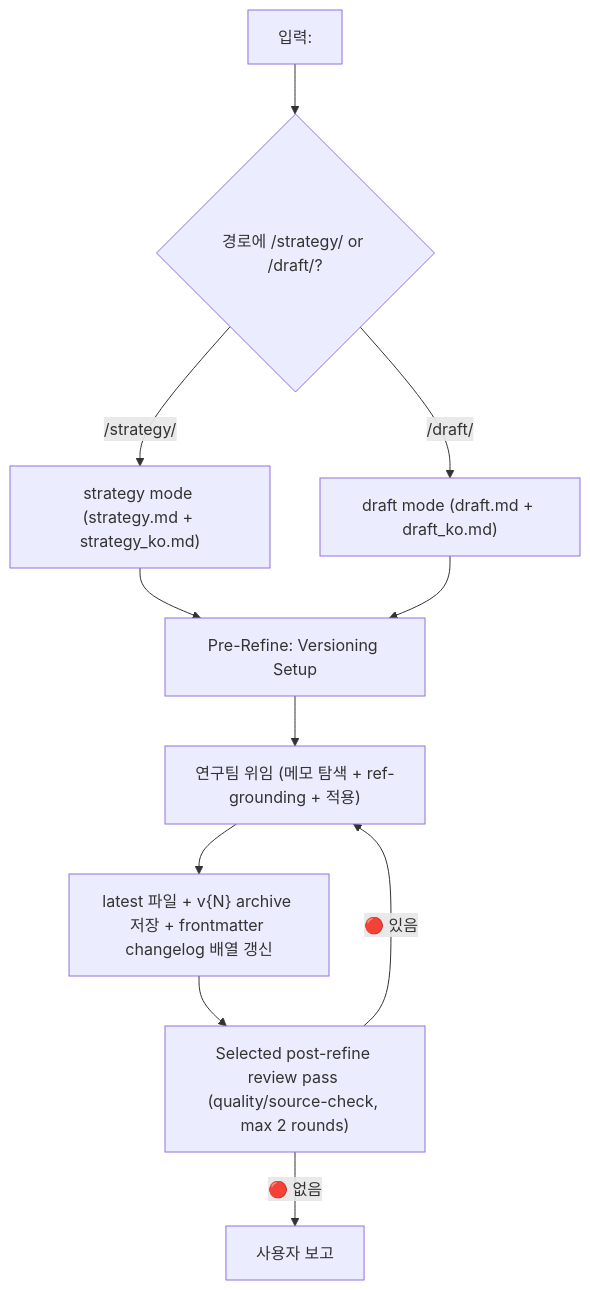
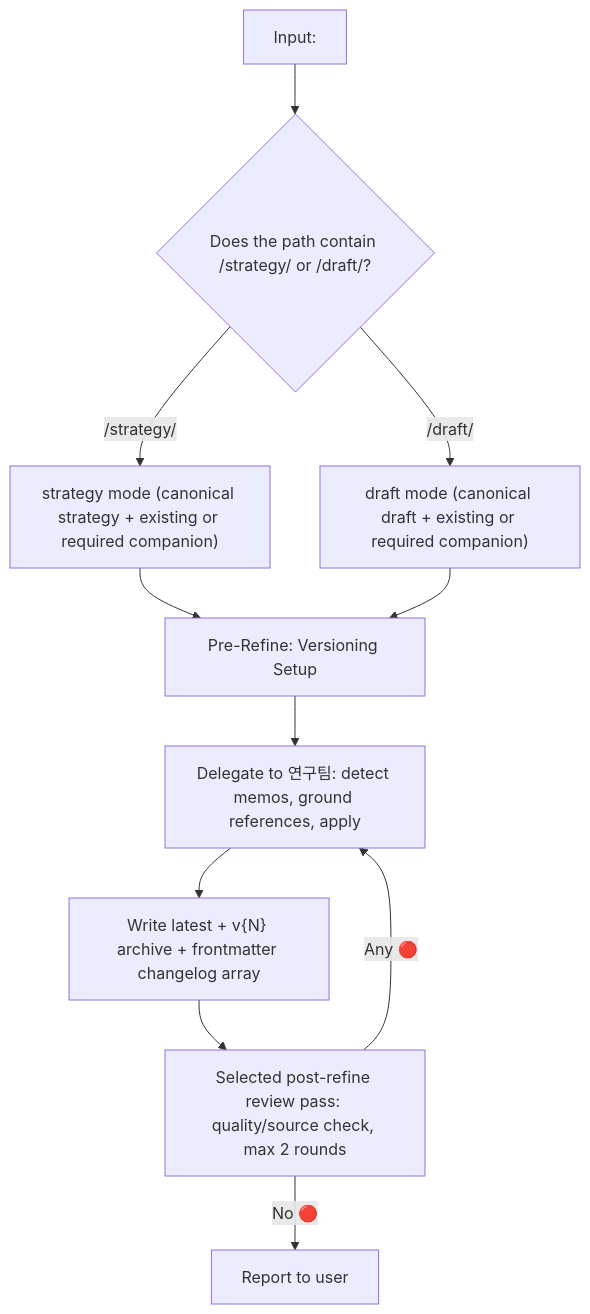
One commit to dmlguq456/agent_setting changed the first of 2 diagrams in adapters/claude/plugin-marketplace/plugins/agent-harness-claude/skills/draft-refine/README.md. Above: the diagram before and after it, drawn with Mermaid. The commit also changed other lines of this file and 457 other files, not shown here.

````diff
--- a/adapters/claude/plugin-marketplace/plugins/agent-harness-claude/skills/draft-refine/README.md
+++ b/adapters/claude/plugin-marketplace/plugins/agent-harness-claude/skills/draft-refine/README.md
@@ -13,13 +15,13 @@
 ```mermaid
 flowchart TD
-    INPUT["입력: <strategy/draft 경로>"] --> DETECT{"경로에 /strategy/ or /draft/?"}
-    DETECT -->|/strategy/| STR["strategy mode (strategy.md + strategy_ko.md)"]
-    DETECT -->|/draft/| DR["draft mode (draft.md + draft_ko.md)"]
+    INPUT["Input: <strategy/draft path>"] --> DETECT{"Does the path contain /strategy/ or /draft/?"}
+    DETECT -->|/strategy/| STR["strategy mode (canonical strategy + existing or required companion)"]
+    DETECT -->|/draft/| DR["draft mode (canonical draft + existing or required companion)"]
     STR --> VER["Pre-Refine: Versioning Setup"]
     DR --> VER
-    VER --> RT["연구팀 위임 (메모 탐색 + ref-grounding + 적용)"]
-    RT --> WRITE["latest 파일 + v{N} archive 저장 + frontmatter changelog 배열 갱신"]
-    WRITE --> QA["Selected post-refine review pass (quality/source-check, max 2 rounds)"]
-    QA -->|🔴 없음| DONE["사용자 보고"]
-    QA -->|🔴 있음| RT
+    VER --> RT["Delegate to 연구팀: detect memos, ground references, apply"]
+    RT --> WRITE["Write latest + v{N} archive + frontmatter changelog array"]
+    WRITE --> QA["Selected post-refine review pass: quality/source check, max 2 rounds"]
+    QA -->|No 🔴| DONE["Report to user"]
+    QA -->|Any 🔴| RT
 ```
````
